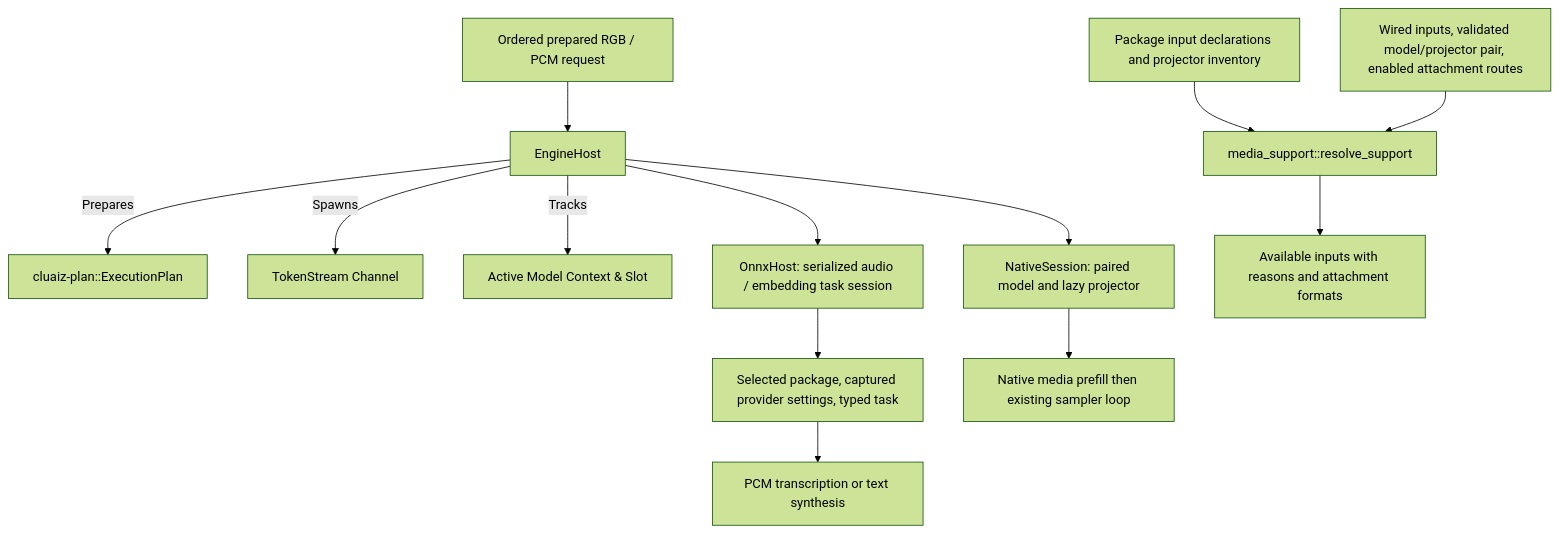
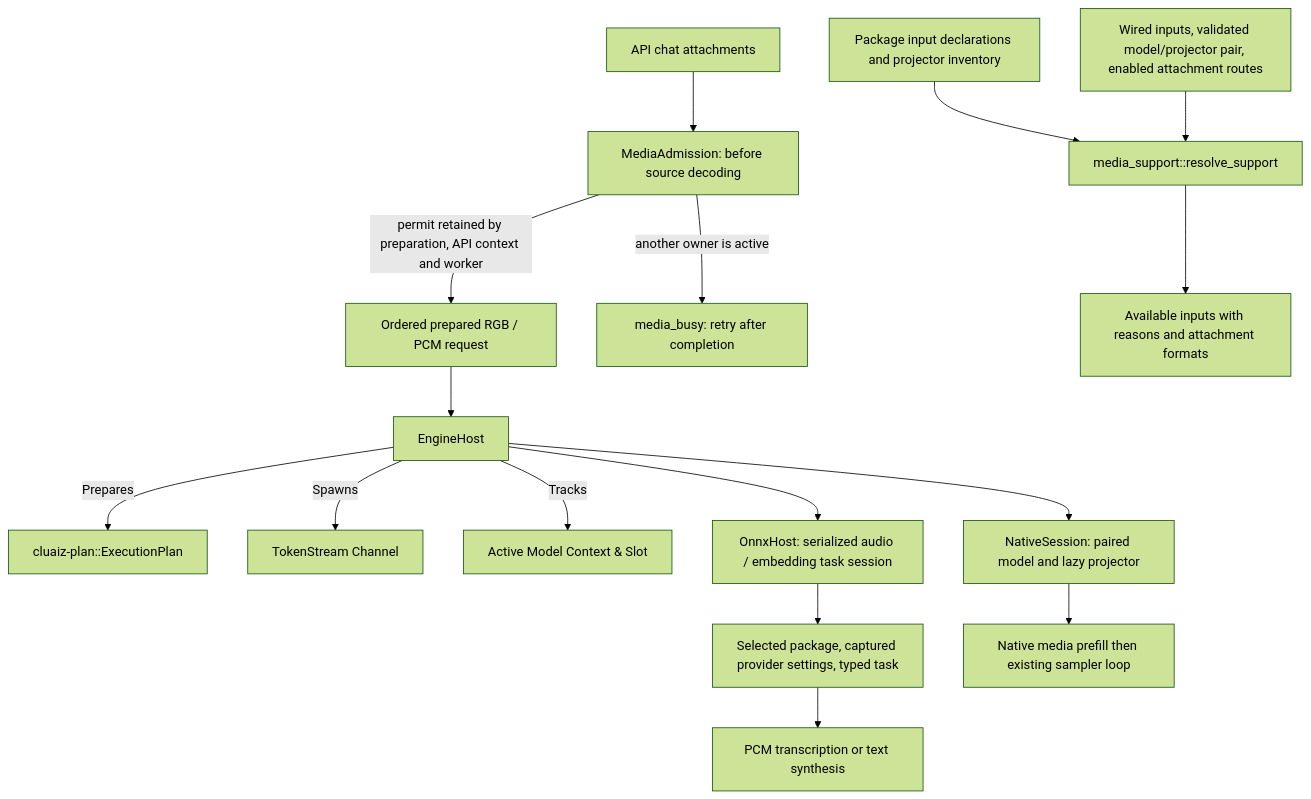
One commit to cluaiz/cluaiz changed the diagram in engine/runtime/README.md. Above: the diagram before and after it, drawn with Mermaid (forest theme). The commit also changed other lines of this file and 31 other files, not shown here.

````diff
--- a/engine/runtime/README.md
+++ b/engine/runtime/README.md
@@ -7,15 +7,18 @@
 ```mermaid
 graph TD
     A["EngineHost"] -->|Prepares| B["cluaiz-plan::ExecutionPlan"]
     A -->|Spawns| C["TokenStream Channel"]
     A -->|Tracks| D["Active Model Context & Slot"]
     A --> S["NativeSession: paired model and lazy projector"]
     A --> O["OnnxHost: serialized audio / embedding task session"]
     O --> P["Selected package, captured provider settings, typed task"]
     P --> Q["PCM transcription or text synthesis"]
     R["Ordered prepared RGB / PCM request"] --> A
+    I["API chat attachments"] --> J["MediaAdmission: before source decoding"]
+    J -->|"permit retained by preparation, API context and worker"| R
+    J -->|"another owner is active"| K["media_busy: retry after completion"]
     S --> T["Native media prefill then existing sampler loop"]
     E["Package input declarations and projector inventory"] --> F["media_support::resolve_support"]
     G["Wired inputs, validated model/projector pair, enabled attachment routes"] --> F
     F --> H["Available inputs with reasons and attachment formats"]
 ```
````
